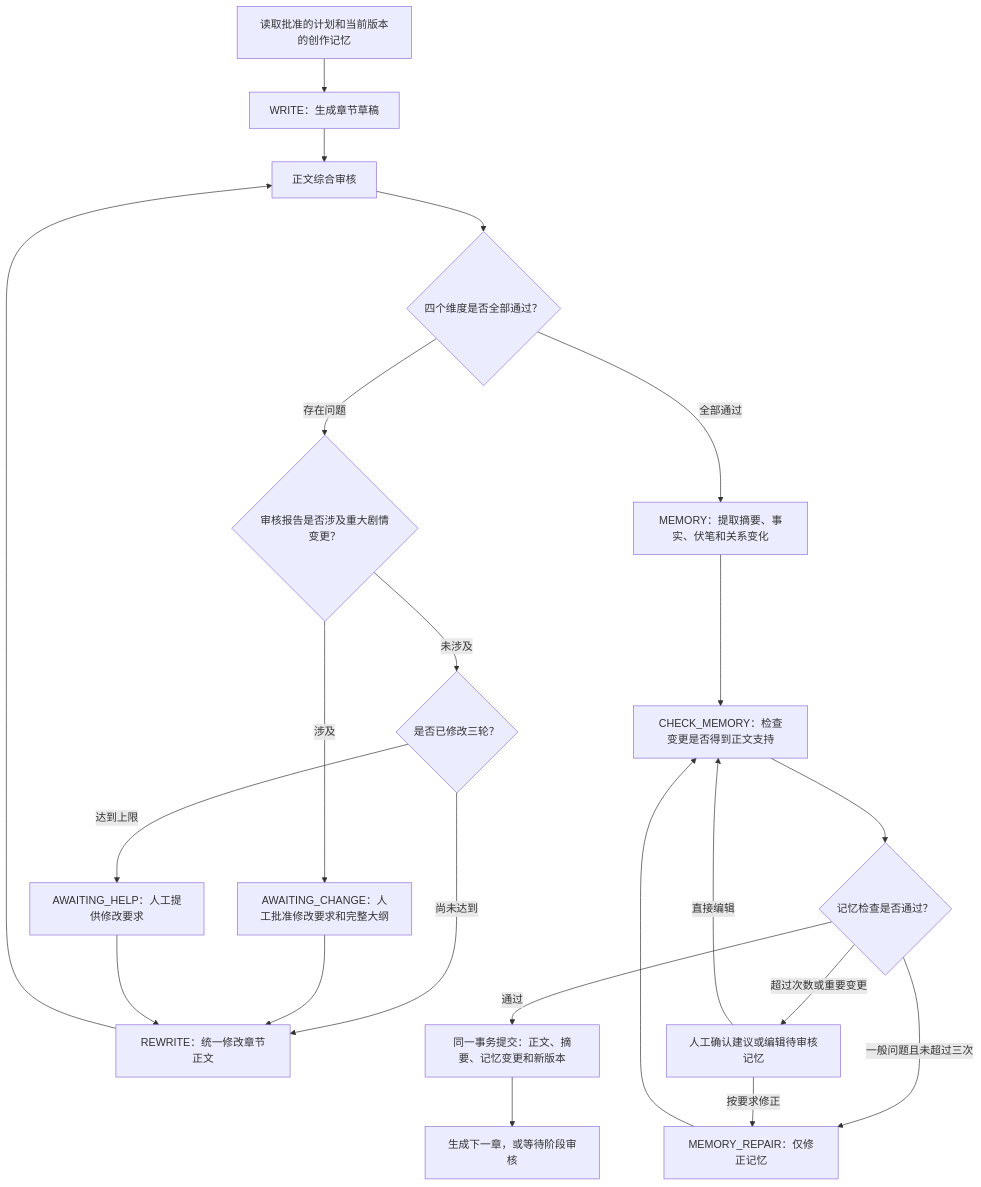
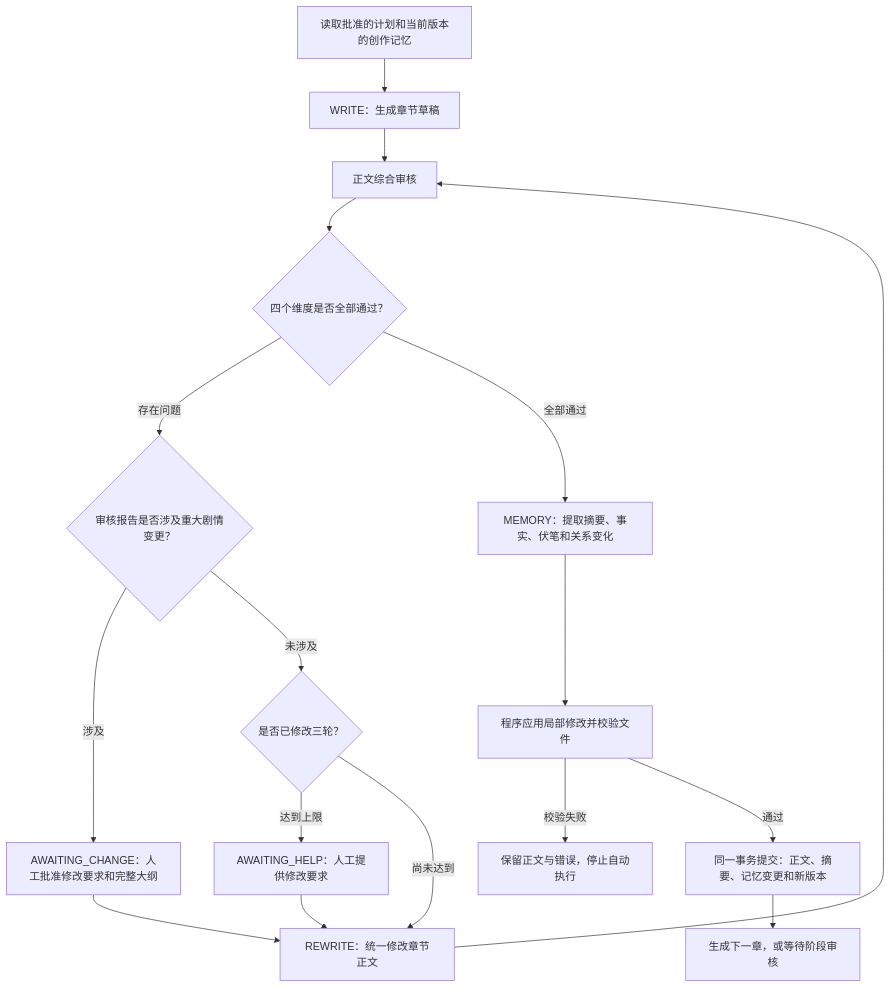
One commit to ccii1/novel-agent changed the sixth of 11 diagrams in README.md. Above: the diagram before and after it, drawn with Mermaid. The commit also changed other lines of this file and 29 other files, not shown here.

````diff
--- a/README.md
+++ b/README.md
@@ -223,24 +223,19 @@
 ```mermaid
 flowchart TD
     Context["读取批准的计划和当前版本的创作记忆"] --> Write["WRITE：生成章节草稿"]
     Write --> Joint["正文综合审核"]
     Joint --> Passed{"四个维度是否全部通过？"}
     Passed -->|存在问题| Major{"审核报告是否涉及重大剧情变更？"}
     Major -->|涉及| HumanMajor["AWAITING_CHANGE：人工批准修改要求和完整大纲"]
     Major -->|未涉及| Limit{"是否已修改三轮？"}
     Limit -->|达到上限| HumanHelp["AWAITING_HELP：人工提供修改要求"]
     Limit -->|尚未达到| Rewrite["REWRITE：统一修改章节正文"]
     HumanMajor --> Rewrite
     HumanHelp --> Rewrite
     Rewrite --> Joint
     Passed -->|全部通过| Extract["MEMORY：提取摘要、事实、伏笔和关系变化"]
-    Extract --> MemoryCheck["CHECK_MEMORY：检查变更是否得到正文支持"]
-    MemoryCheck --> MemoryPassed{"记忆检查是否通过？"}
-    MemoryPassed -->|一般问题且未超过三次| Repair["MEMORY_REPAIR：仅修正记忆"]
-    Repair --> MemoryCheck
-    MemoryPassed -->|超过次数或重要变更| MemoryHelp["人工确认建议或编辑待审核记忆"]
-    MemoryHelp -->|按要求修正| Repair
-    MemoryHelp -->|直接编辑| MemoryCheck
-    MemoryPassed -->|通过| Commit["同一事务提交：正文、摘要、记忆变更和新版本"]
+    Extract --> Validate["程序应用局部修改并校验文件"]
+    Validate -->|校验失败| Error["保留正文与错误，停止自动执行"]
+    Validate -->|通过| Commit["同一事务提交：正文、摘要、记忆变更和新版本"]
     Commit --> Next["生成下一章，或等待阶段审核"]
 ```
````
